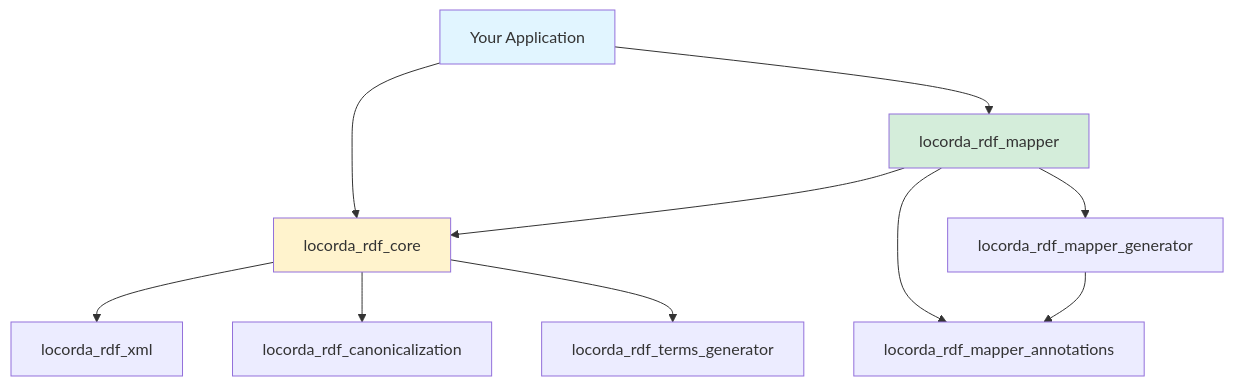
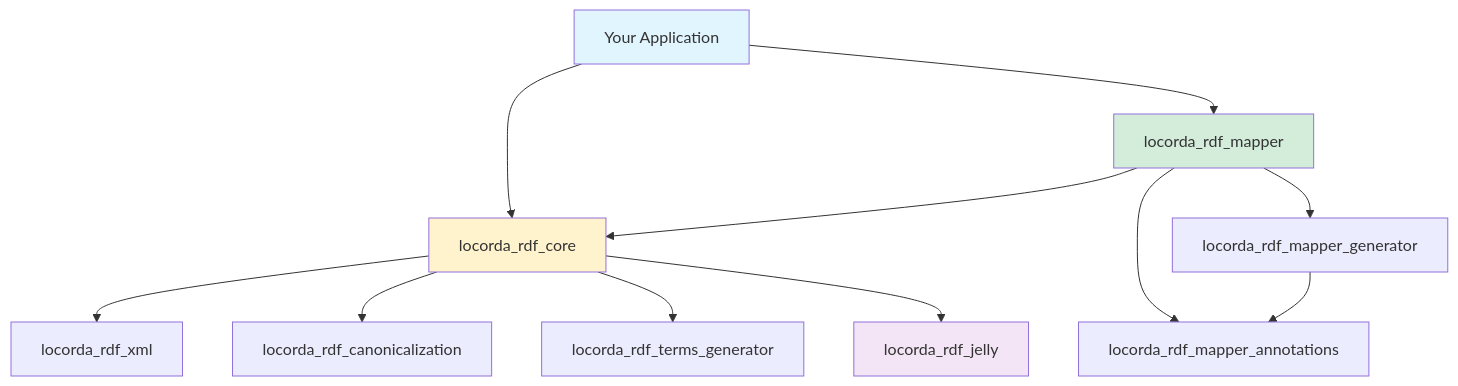
One commit to locorda/rdf changed the diagram in README.md. Above: the diagram before and after it, drawn with Mermaid. The commit also changed other lines of this file and 4 other files, not shown here.

````diff
--- a/README.md
+++ b/README.md
@@ -192,16 +194,18 @@
 ```mermaid
 graph TB
     A[Your Application] --> B[locorda_rdf_mapper]
     A --> C[locorda_rdf_core]
     B --> C
     B --> D[locorda_rdf_mapper_annotations]
     B --> E[locorda_rdf_mapper_generator]
     E --> D
     C --> F[locorda_rdf_xml]
     C --> G[locorda_rdf_canonicalization]
     C --> H[locorda_rdf_terms_generator]
+    C --> I[locorda_rdf_jelly]
     
     style A fill:#e1f5ff
     style C fill:#fff3cd
     style B fill:#d4edda
+    style I fill:#f3e5f5
 ```
````
